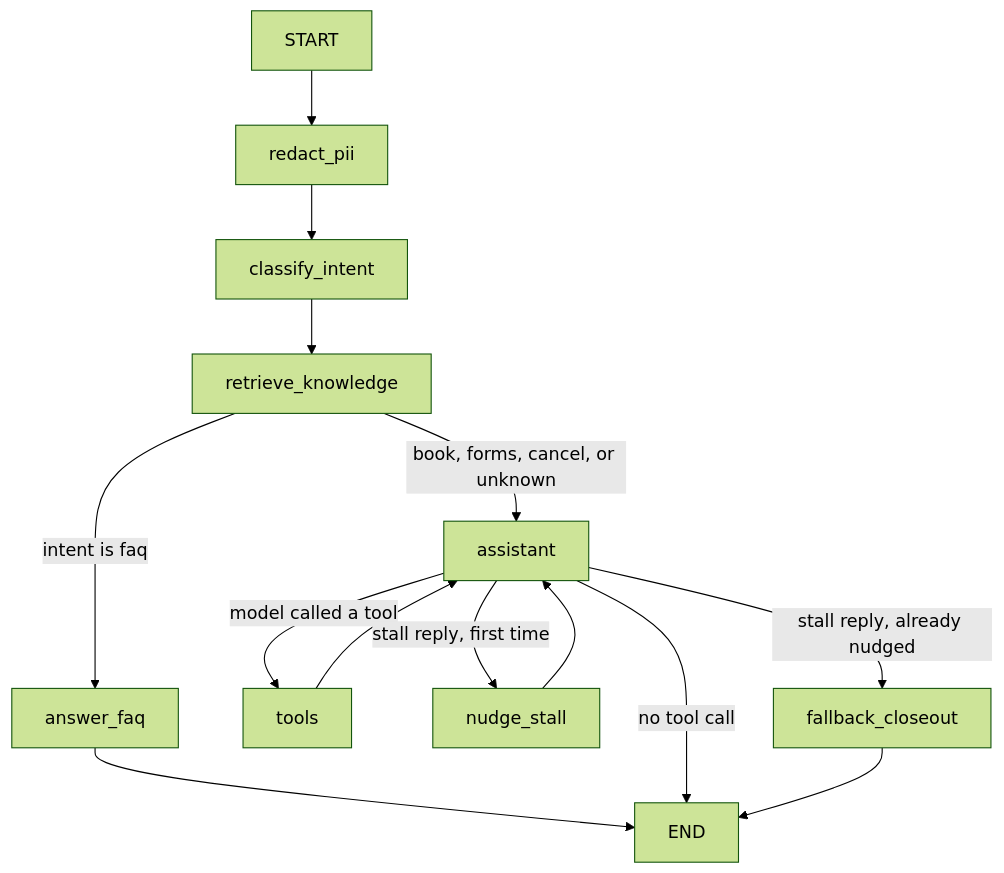
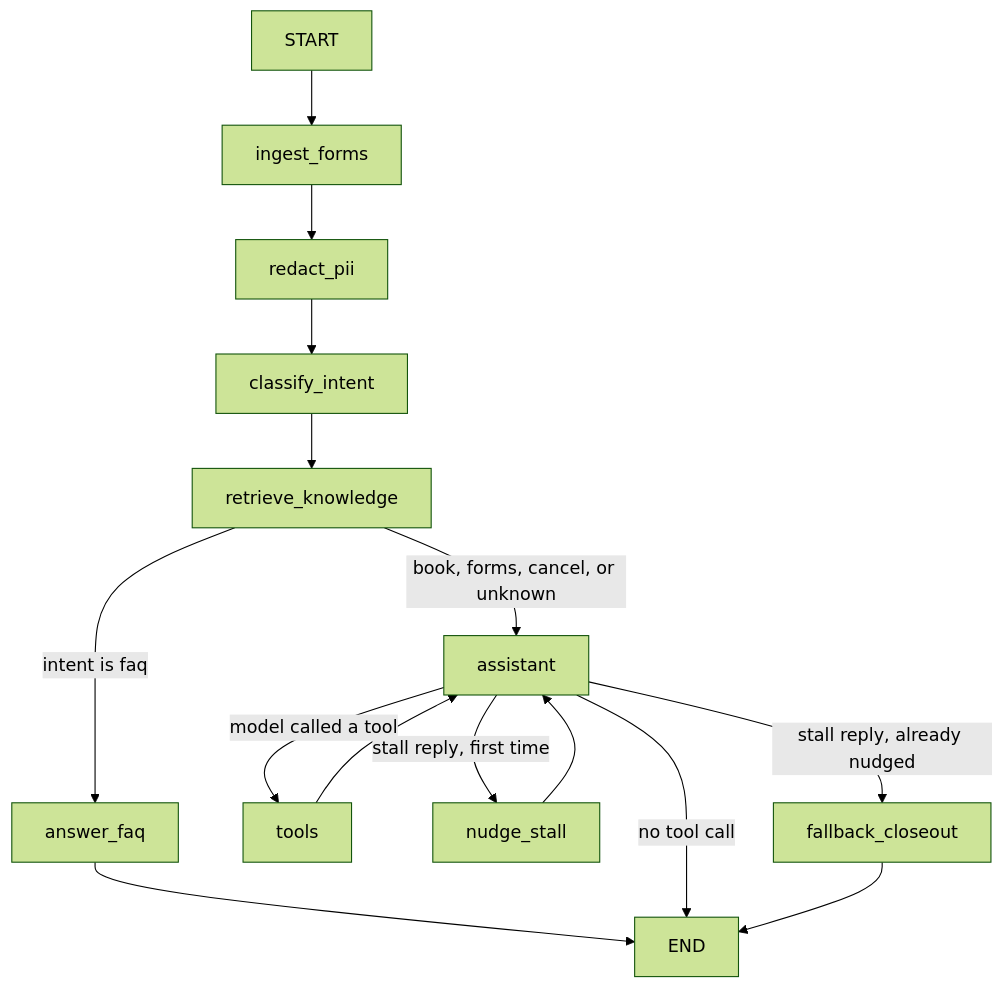
One commit to spuller7/dentist-assistant-agent changed the first of 2 diagrams in README.md. Above: the diagram before and after it, drawn with Mermaid (forest theme). The commit also changed other lines of this file and 11 other files, not shown here.

````diff
--- a/README.md
+++ b/README.md
@@ -59,16 +38,17 @@
 ```mermaid
 flowchart TD
-    START --> redact_pii
+    START --> ingest_forms
+    ingest_forms --> redact_pii
     redact_pii --> classify_intent
     classify_intent --> retrieve_knowledge
     retrieve_knowledge -->|intent is faq| answer_faq
     retrieve_knowledge -->|book, forms, cancel, or unknown| assistant
     answer_faq --> END
     assistant -->|model called a tool| tools
     assistant -->|stall reply, first time| nudge_stall
     assistant -->|stall reply, already nudged| fallback_closeout
     assistant -->|no tool call| END
     tools --> assistant
     nudge_stall --> assistant
     fallback_closeout --> END
 ```
````
